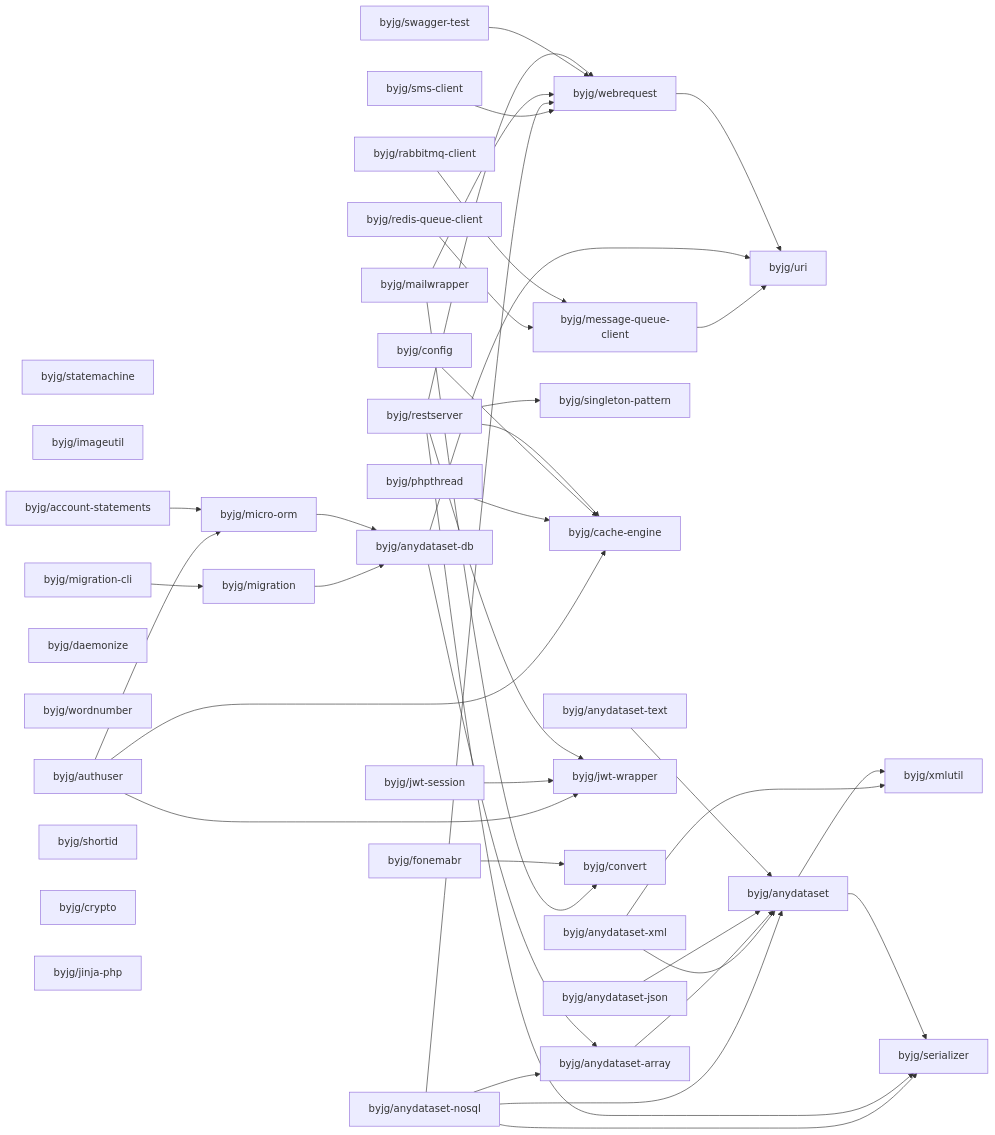
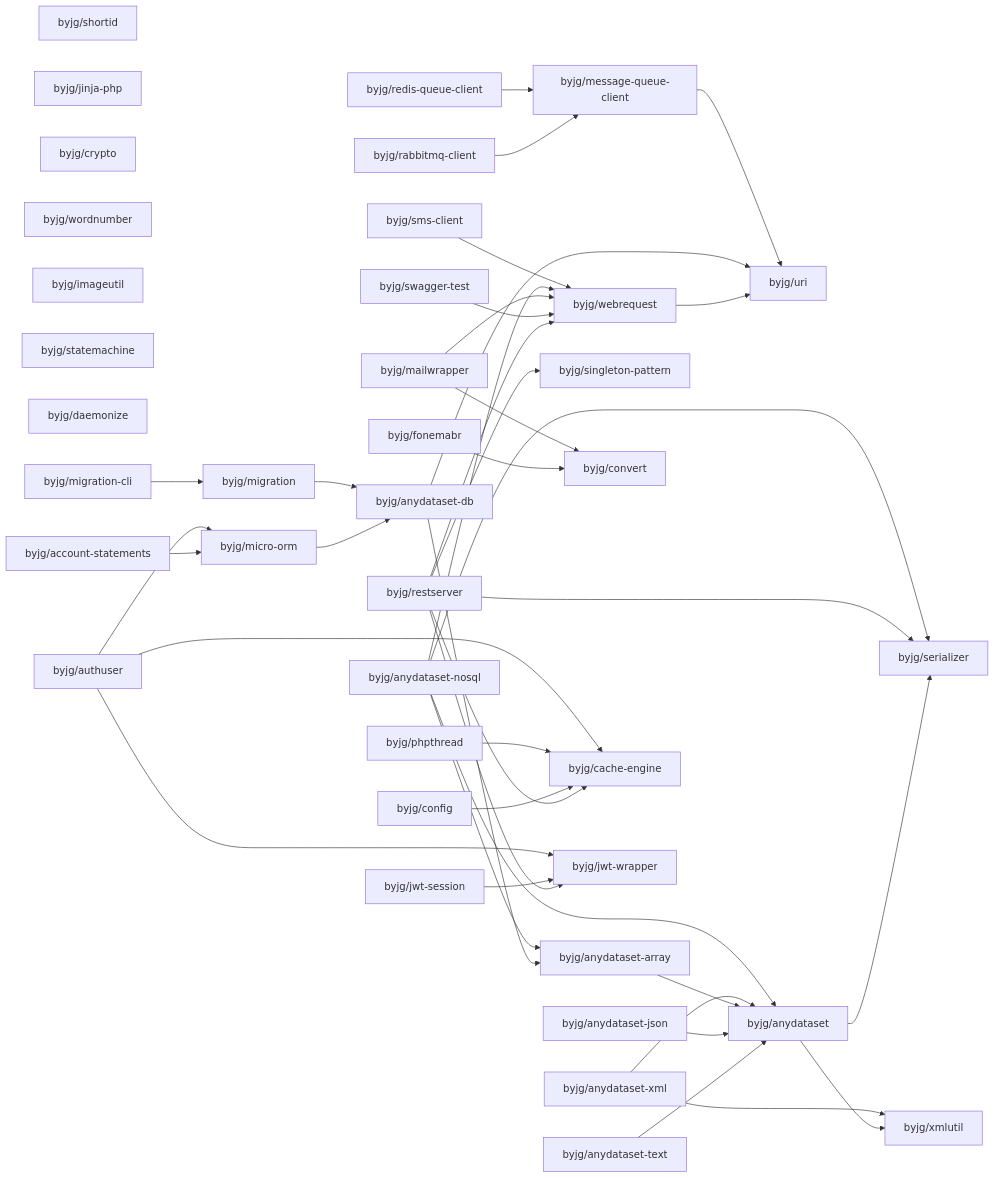
The diagram in docs/php/README.md (byjg/byjg.github.io), drawn with Mermaid before and after one commit. The commit also changed other lines of this file, not shown here.

Commit message:
Update documentation 'php' 'php-cache-engine'

````diff
--- a/docs/php/README.md
+++ b/docs/php/README.md
@@ -3,78 +3,78 @@
 ```mermaid
 graph LR;
+  byjg/swagger-test;
+  byjg/config;
+  byjg/anydataset-json;
+  byjg/shortid;
+  byjg/rabbitmq-client;
+  byjg/jinja-php;
+  byjg/restserver;
+  byjg/redis-queue-client;
+  byjg/crypto;
+  byjg/mailwrapper;
+  byjg/wordnumber;
+  byjg/imageutil;
+  byjg/statemachine;
+  byjg/anydataset-xml;
+  byjg/jwt-session;
+  byjg/phpthread;
+  byjg/daemonize;
+  byjg/fonemabr;
+  byjg/anydataset-nosql;
+  byjg/anydataset-text;
+  byjg/account-statements;
   byjg/sms-client;
-  byjg/statemachine;
-  byjg/anydataset-json;
-  byjg/anydataset-nosql;
-  byjg/jwt-session;
-  byjg/anydataset-text;
-  byjg/imageutil;
-  byjg/rabbitmq-client;
-  byjg/swagger-test;
-  byjg/account-statements;
-  byjg/anydataset-xml;
-  byjg/phpthread;
   byjg/authuser;
-  byjg/daemonize;
-  byjg/wordnumber;
   byjg/migration-cli;
-  byjg/mailwrapper;
-  byjg/shortid;
-  byjg/config;
-  byjg/restserver;
-  byjg/crypto;
-  byjg/jinja-php;
-  byjg/fonemabr;
-  byjg/redis-queue-client;
+  byjg/singleton-pattern;
+  byjg/message-queue-client;
+  byjg/convert;
+  byjg/webrequest;
   byjg/micro-orm;
+  byjg/cache-engine;
+  byjg/jwt-wrapper;
   byjg/migration;
-  byjg/singleton-pattern;
-  byjg/cache-engine;
-  byjg/webrequest;
-  byjg/jwt-wrapper;
-  byjg/convert;
-  byjg/message-queue-client;
   byjg/anydataset-db;
   byjg/anydataset-array;
   byjg/uri;
   byjg/anydataset;
   byjg/serializer;
   byjg/xmlutil;
   byjg/sms-client --> byjg/webrequest;
   byjg/anydataset-nosql --> byjg/anydataset;
   byjg/anydataset-nosql --> byjg/anydataset-array;
   byjg/anydataset-nosql --> byjg/serializer;
   byjg/anydataset-nosql --> byjg/webrequest;
   byjg/anydataset-xml --> byjg/anydataset;
   byjg/anydataset-xml --> byjg/xmlutil;
   byjg/message-queue-client --> byjg/uri;
   byjg/redis-queue-client --> byjg/message-queue-client;
   byjg/authuser --> byjg/micro-orm;
   byjg/authuser --> byjg/cache-engine;
   byjg/authuser --> byjg/jwt-wrapper;
   byjg/mailwrapper --> byjg/convert;
   byjg/mailwrapper --> byjg/webrequest;
   byjg/anydataset-array --> byjg/anydataset;
   byjg/jwt-session --> byjg/jwt-wrapper;
   byjg/account-statements --> byjg/micro-orm;
   byjg/phpthread --> byjg/cache-engine;
   byjg/fonemabr --> byjg/convert;
   byjg/migration --> byjg/anydataset-db;
   byjg/micro-orm --> byjg/anydataset-db;
   byjg/swagger-test --> byjg/webrequest;
   byjg/anydataset-db --> byjg/anydataset-array;
   byjg/anydataset-db --> byjg/uri;
   byjg/config --> byjg/cache-engine;
   byjg/anydataset-json --> byjg/anydataset;
   byjg/anydataset-text --> byjg/anydataset;
   byjg/rabbitmq-client --> byjg/message-queue-client;
   byjg/restserver --> byjg/serializer;
   byjg/restserver --> byjg/singleton-pattern;
   byjg/restserver --> byjg/cache-engine;
   byjg/restserver --> byjg/webrequest;
   byjg/restserver --> byjg/jwt-wrapper;
   byjg/anydataset --> byjg/serializer;
   byjg/anydataset --> byjg/xmlutil;
   byjg/webrequest --> byjg/uri;
   byjg/migration-cli --> byjg/migration;
 ```
````
